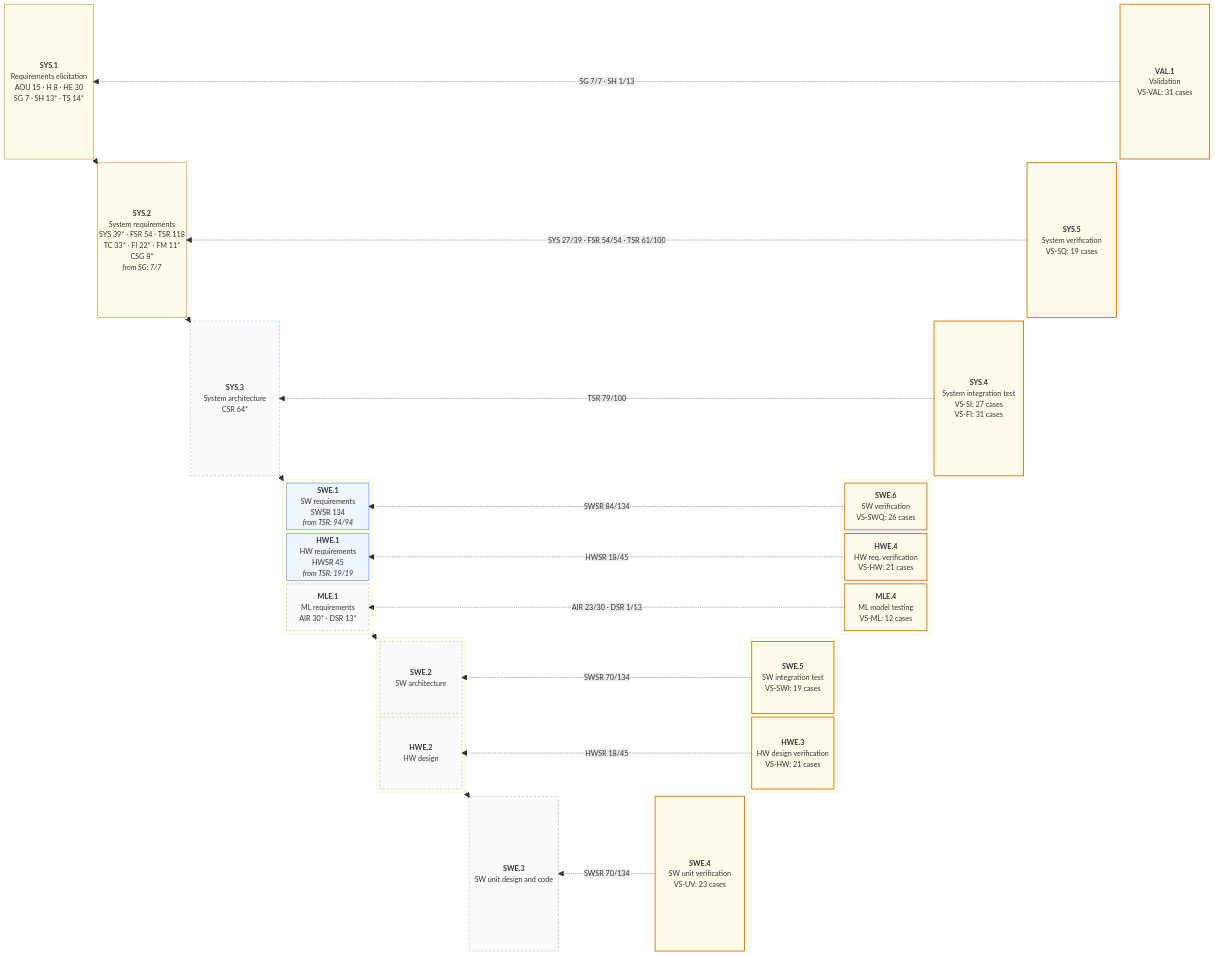
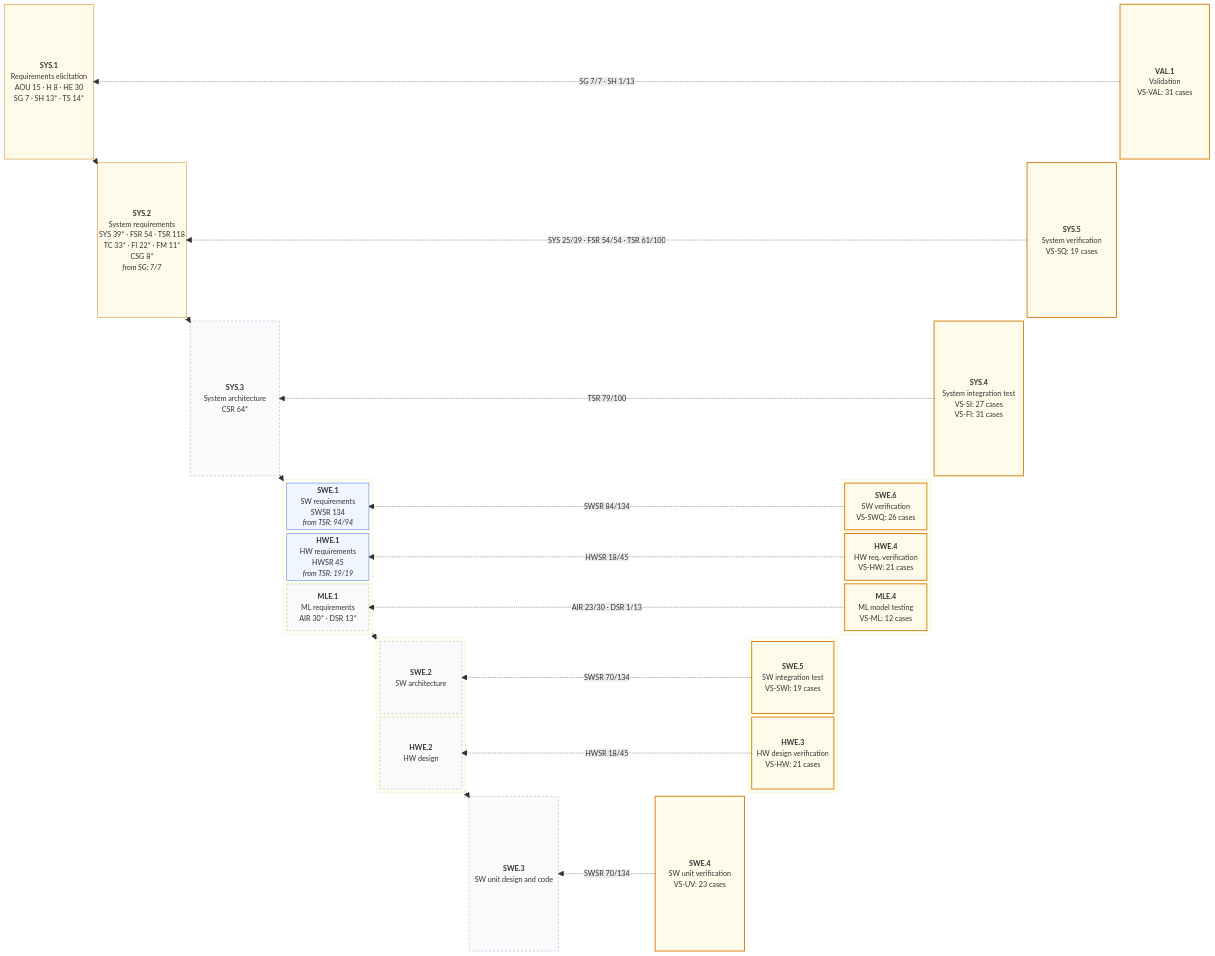
The first of 2 diagrams in assurance/trace/maps/aspice-trace-map.md (jherrodthomas/LionDriver), drawn with Mermaid before and after one commit. The commit also changed other lines of this file and 29 other files, not shown here.

```diff
--- a/assurance/trace/maps/aspice-trace-map.md
+++ b/assurance/trace/maps/aspice-trace-map.md
@@ -124,7 +124,7 @@
   L3 --> L4
   L4 --> SWE3
   VAL1 -. "SG 7/7 · SH 1/13" .-> SYS1
-  SYS5 -. "SYS 27/39 · FSR 54/54 · TSR 61/100" .-> SYS2
+  SYS5 -. "SYS 25/39 · FSR 54/54 · TSR 61/100" .-> SYS2
   SYS4 -. "TSR 79/100" .-> SYS3
   SWE6 -. "SWSR 84/134" .-> SWE1
   HWE4 -. "HWSR 18/45" .-> HWE1
```
